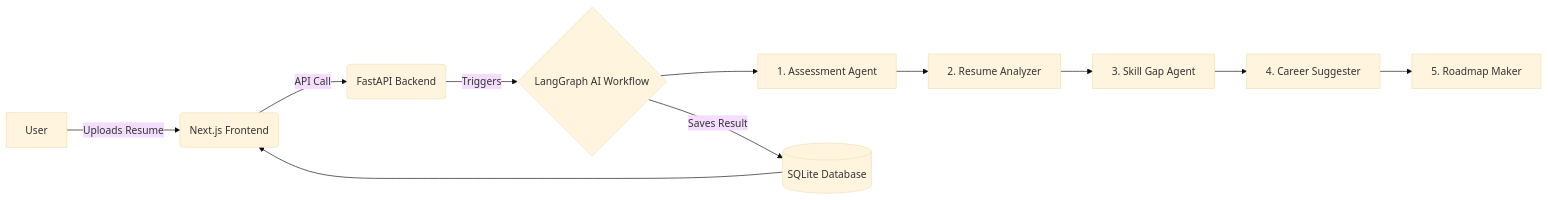
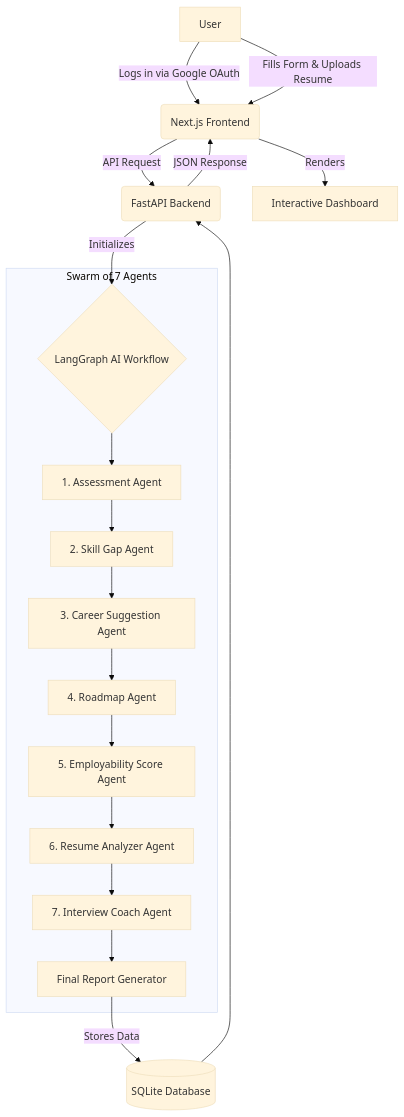
Before and after one commit to Amansingh223/Career-Counselor-AI-: the diagram in README.md, drawn with Mermaid (base theme).

Commit message:
docs: Update architecture diagram to reflect 7 LangGraph agents and Google OAuth

````diff
--- a/README.md
+++ b/README.md
@@ -53,15 +53,23 @@
 ```mermaid
-graph LR
-    User[User] -->|Uploads Resume| NextJS(Next.js Frontend)
-    NextJS -->|API Call| FastAPI(FastAPI Backend)
-    FastAPI -->|Triggers| LangGraph{LangGraph AI Workflow}
+graph TD
+    User[User] -->|Logs in via Google OAuth| NextJS(Next.js Frontend)
+    User -->|Fills Form & Uploads Resume| NextJS
+    NextJS -->|API Request| FastAPI(FastAPI Backend)
+    FastAPI -->|Initializes| LangGraph{LangGraph AI Workflow}
     
-    LangGraph --> Agent1[1. Assessment Agent]
-    Agent1 --> Agent2[2. Resume Analyzer]
-    Agent2 --> Agent3[3. Skill Gap Agent]
-    Agent3 --> Agent4[4. Career Suggester]
-    Agent4 --> Agent5[5. Roadmap Maker]
+    subgraph Swarm of 7 Agents
+    LangGraph --> A1[1. Assessment Agent]
+    A1 --> A2[2. Skill Gap Agent]
+    A2 --> A3[3. Career Suggestion Agent]
+    A3 --> A4[4. Roadmap Agent]
+    A4 --> A5[5. Employability Score Agent]
+    A5 --> A6[6. Resume Analyzer Agent]
+    A6 --> A7[7. Interview Coach Agent]
+    A7 --> Report[Final Report Generator]
+    end
     
-    LangGraph -->|Saves Result| DB[(SQLite Database)]
-    DB --> NextJS
+    Report -->|Stores Data| DB[(SQLite Database)]
+    DB --> FastAPI
+    FastAPI -->|JSON Response| NextJS
+    NextJS -->|Renders| Dashboard[Interactive Dashboard]
 ```
````
